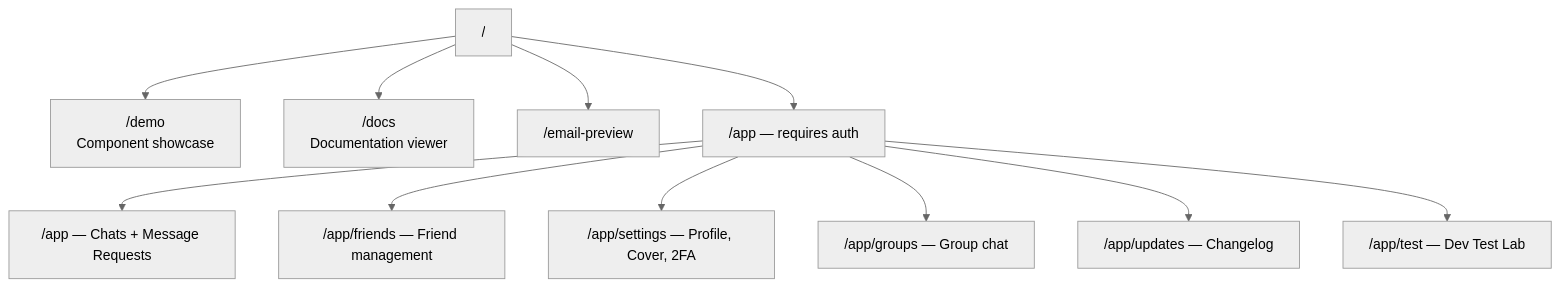
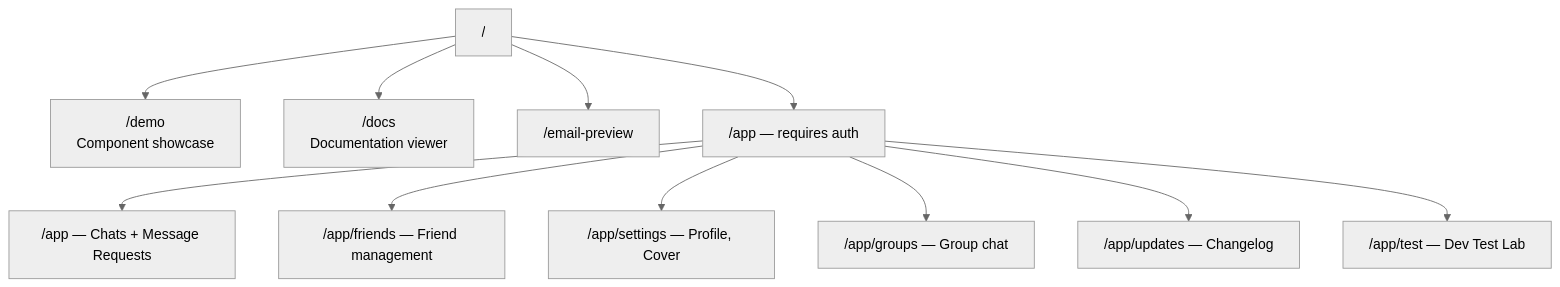
The first of 4 diagrams in Documentation/Frontend/index.md (neofuture/chatr), drawn with Mermaid (neutral theme) before and after one commit. The commit also changed 9 other files, not shown here.

````diff
--- a/Documentation/Frontend/index.md
+++ b/Documentation/Frontend/index.md
@@ -11,14 +11,14 @@
 ```mermaid
 graph TD
     root["/"] --> demo["/demo<br/>Component showcase"]
     root --> docs["/docs<br/>Documentation viewer"]
     root --> emailpreview["/email-preview"]
     root --> app["/app — requires auth"]
 
     app --> apphome["/app — Chats + Message Requests"]
     app --> friends["/app/friends — Friend management"]
-    app --> settings["/app/settings — Profile, Cover, 2FA"]
+    app --> settings["/app/settings — Profile, Cover"]
     app --> groups["/app/groups — Group chat"]
     app --> updates["/app/updates — Changelog"]
     app --> test["/app/test — Dev Test Lab"]
 ```
````
